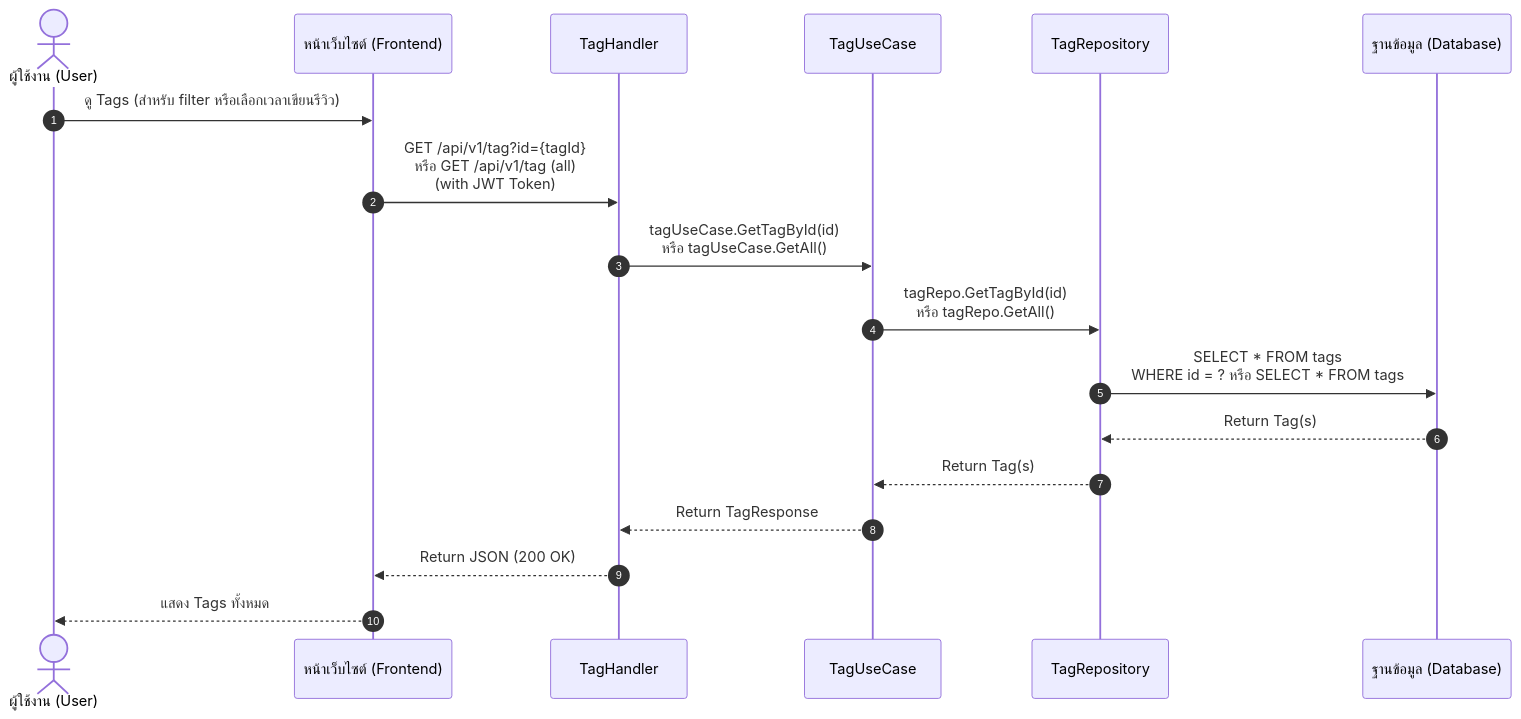
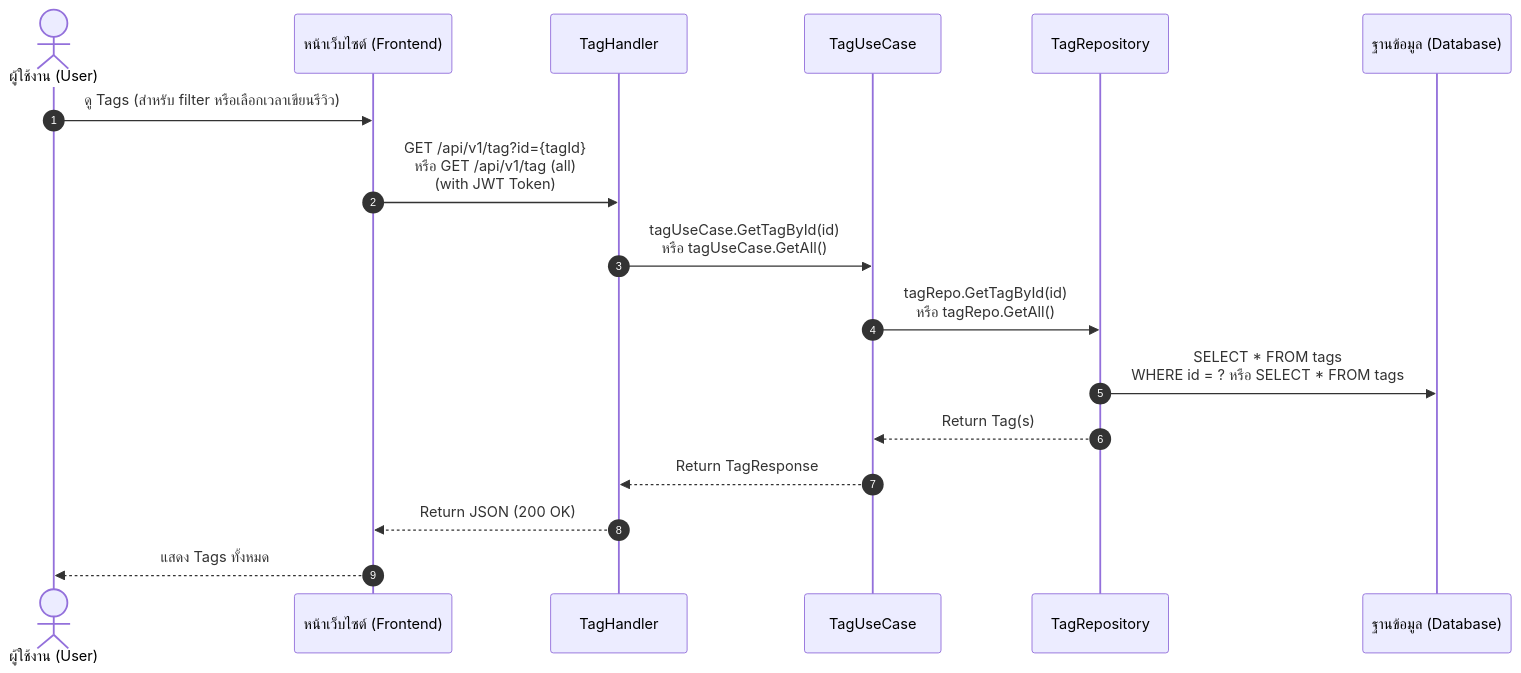
The tenth of 12 diagrams in diagrams/sq/sequence-diagram.md (B1gdawg0/real_course_review_backend), drawn with Mermaid before and after one commit. The commit also changed other lines of this file and 2 other files, not shown here.

Commit message:
update: enhance class and sequence diagrams with additional attributes and flow details

````diff
--- a/diagrams/sq/sequence-diagram.md
+++ b/diagrams/sq/sequence-diagram.md
@@ -301,21 +312,20 @@
 ```mermaid
 sequenceDiagram
 autonumber
 actor User as ผู้ใช้งาน (User)
 participant UI as หน้าเว็บไซต์ (Frontend)
 participant Handler as TagHandler
 participant UseCase as TagUseCase
 participant Repo as TagRepository
 participant DB as ฐานข้อมูล (Database)
 
     User->>UI: ดู Tags (สำหรับ filter หรือเลือกเวลาเขียนรีวิว)
     UI->>Handler: GET /api/v1/tag?id={tagId}<br/>หรือ GET /api/v1/tag (all)<br/>(with JWT Token)
     Handler->>UseCase: tagUseCase.GetTagById(id)<br/>หรือ tagUseCase.GetAll()
     UseCase->>Repo: tagRepo.GetTagById(id)<br/>หรือ tagRepo.GetAll()
     Repo->>DB: SELECT * FROM tags<br/>WHERE id = ? หรือ SELECT * FROM tags
-    DB-->>Repo: Return Tag(s)
     Repo-->>UseCase: Return Tag(s)
     UseCase-->>Handler: Return TagResponse
     Handler-->>UI: Return JSON (200 OK)
     UI-->>User: แสดง Tags ทั้งหมด
 ```
````
